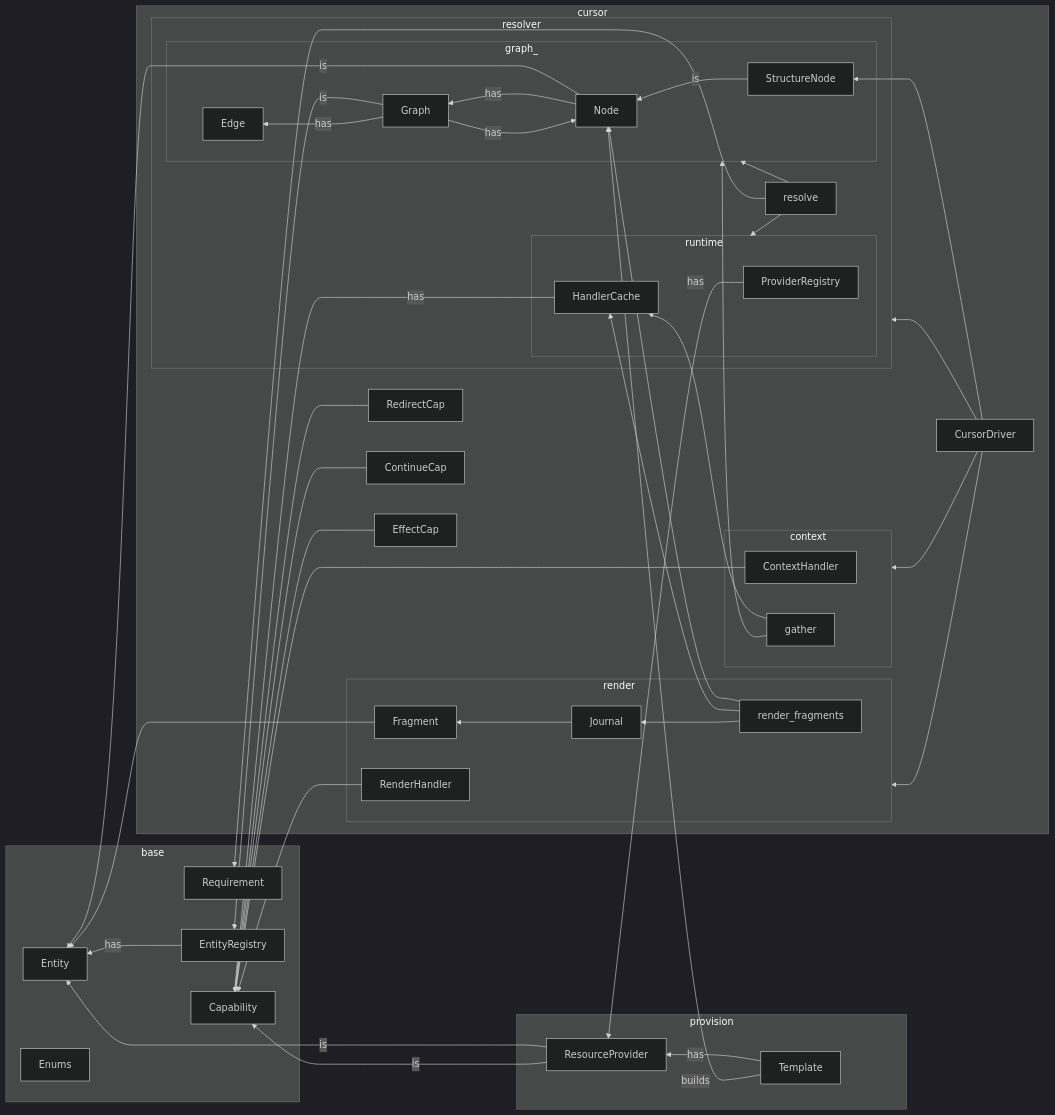
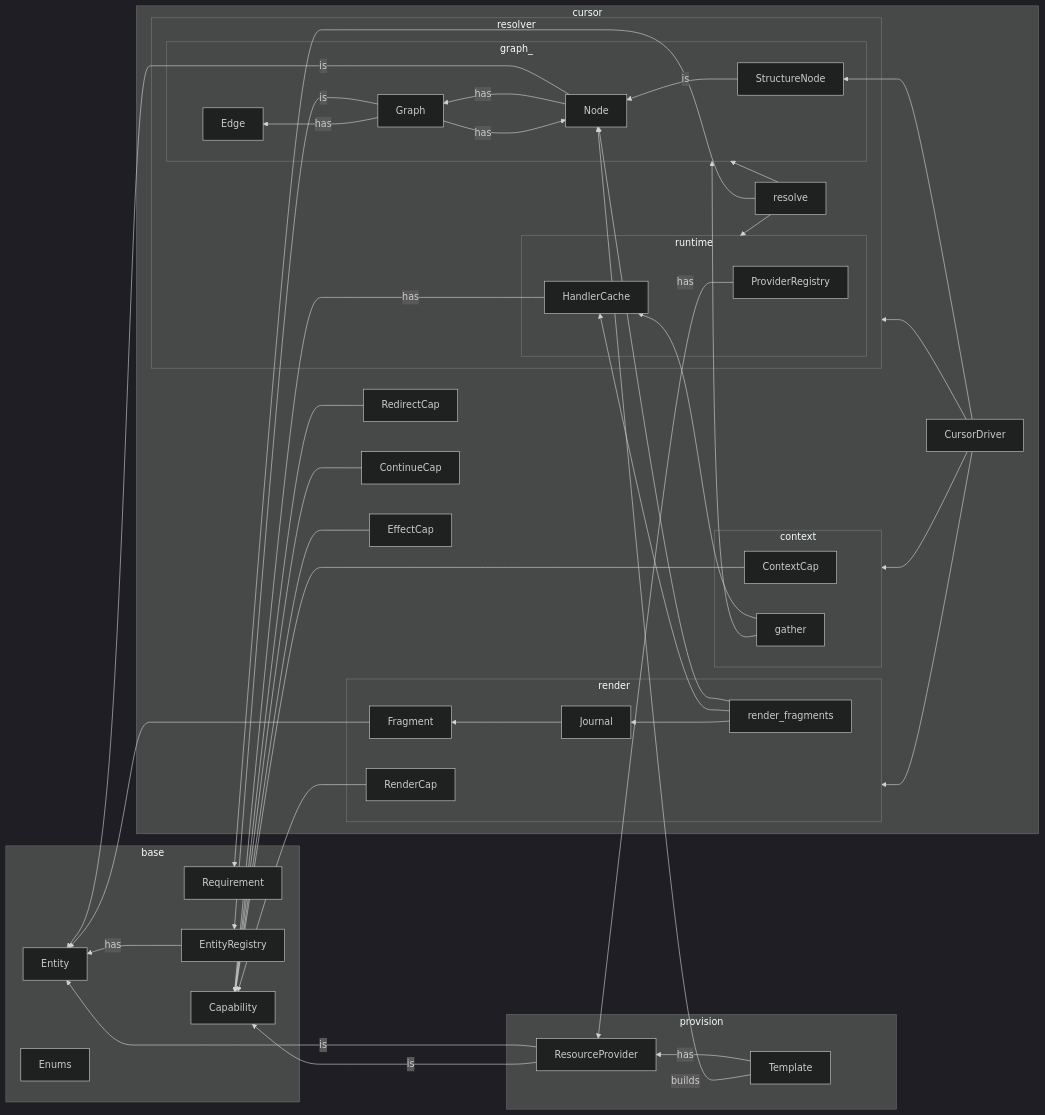
Before and after one commit to derekmerck/storytangl: the diagram in engine/src/tangl33/core/notes.md, drawn with Mermaid (dark theme). The commit also changed other lines of this file and 34 other files, not shown here.

````diff
--- a/engine/src/tangl33/core/notes.md
+++ b/engine/src/tangl33/core/notes.md
@@ -31,63 +31,63 @@
 ```mermaid
 flowchart RL
     subgraph base 
         Entity
         Enums
         EntityRegistry -- has --> Entity
         Capability
         Requirement
     end
 
     subgraph graph_
         Node -- is --> Entity
         Node -- has --> Graph
         StructureNode -- is --> Node
         Graph -- has --> Node
         Graph -- is --> EntityRegistry
         Graph -- has --> Edge
         Edge
     end
 
     subgraph provision
         ResourceProvider -- is --> Entity
         ResourceProvider -- is --> Capability
         Template  -- has --> ResourceProvider
         Template -- builds --> Node
     end
 
    subgraph runtime
         HandlerCache  -- has --> Capability
         ProviderRegistry -- has --> ResourceProvider
     end
     
     subgraph resolver
         resolve --> Requirement
         resolve --> runtime
         resolve --> graph_
     end
 
     subgraph context
-        ContextHandler --> Capability
+        ContextCap --> Capability
         gather --> HandlerCache
         gather --> graph_
     end
 
     subgraph render
-        RenderHandler --> Capability
+        RenderCap --> Capability
         Fragment --> Entity
         Journal --> Fragment
         render_fragments --> Node
         render_fragments --> HandlerCache
         render_fragments --> Journal
     end
 
     subgraph cursor
         RedirectCap --> Capability
         ContinueCap --> Capability
         EffectCap --> Capability
         CursorDriver --> StructureNode
         CursorDriver --> resolver
         CursorDriver --> context
         CursorDriver --> render
     end
 ```
````
